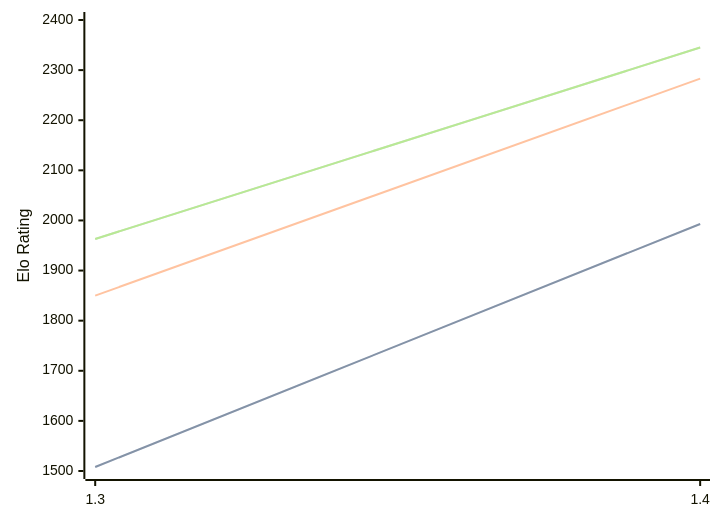
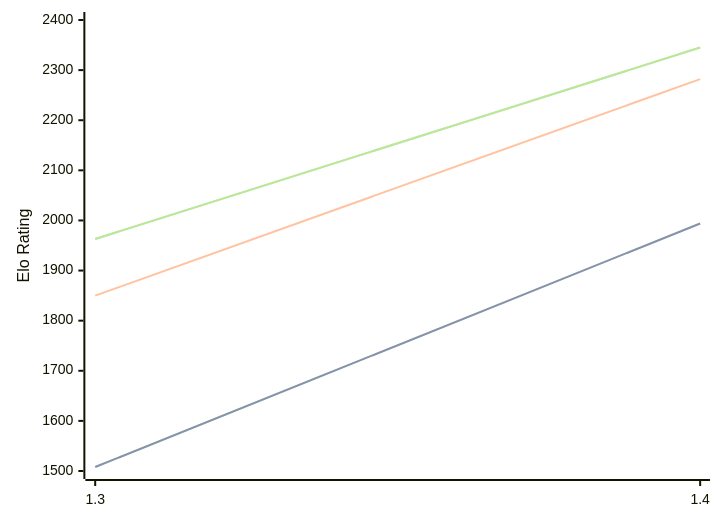
One commit to computer-chess-index/cci changed the diagram in engines/Facon.md. Above: the diagram before and after it, drawn with Mermaid. The commit also changed other lines of this file, not shown here.

````diff
--- a/engines/Facon.md
+++ b/engines/Facon.md
@@ -36,11 +37,11 @@
 ```mermaid
 %%{init: {"theme":"base","themeVariables":{"seriesColors:['#a3a3a3','#222221','#faa371']}}}%%
 xychart-beta
   x-axis ["1.3", "1.4"]
   y-axis "Elo Rating" 1500 --> 2400
-  line "STC (8.0+0.08s)" [1508, 1993]
-  line "STC (8.0+0.08s)" [1508, 1993]
-  line "LTC (60.0+0.60s)" [1850, 2283]
+  line "STC (8.0+0.08s)" [1508, 1994]
+  line "STC (8.0+0.08s)" [1508, 1994]
+  line "LTC (60.0+0.60s)" [1850, 2282]
   line "VLTC (2m24s+1.12s)" [1963, 2345]
   line "VLTC (2m24s+1.12s)" [1963, 2345]
 ```
````
